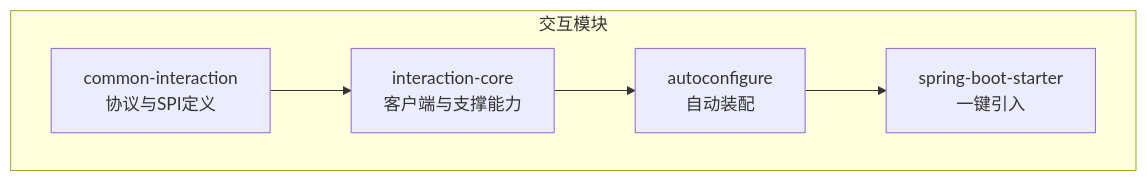
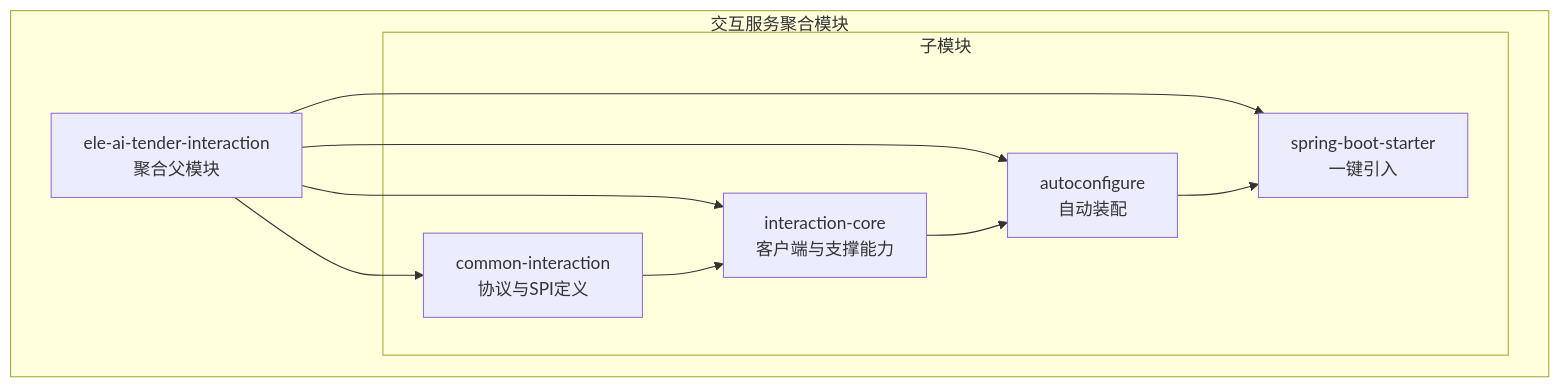
One commit to DrunkFood/First changed the first of 6 diagrams in .qoder/repowiki/zh/content/后端服务/交互服务 (ele-ai-tender-interaction)/交互服务 (ele-ai-tender-interaction).md. Above: the diagram before and after it, drawn with Mermaid. The commit also changed other lines of this file and 66 other files, not shown here.

````diff
--- a/.qoder/repowiki/zh/content/后端服务/交互服务 (ele-ai-tender-interaction)/交互服务 (ele-ai-tender-interaction).md
+++ b/.qoder/repowiki/zh/content/后端服务/交互服务 (ele-ai-tender-interaction)/交互服务 (ele-ai-tender-interaction).md
@@ -32,12 +46,19 @@
 ```mermaid
 graph TB
-subgraph "交互模块"
-A["common-interaction<br/>协议与SPI定义"]
-B["interaction-core<br/>客户端与支撑能力"]
-C["autoconfigure<br/>自动装配"]
-D["spring-boot-starter<br/>一键引入"]
+subgraph "交互服务聚合模块"
+A["ele-ai-tender-interaction<br/>聚合父模块"]
+subgraph "子模块"
+B["common-interaction<br/>协议与SPI定义"]
+C["interaction-core<br/>客户端与支撑能力"]
+D["autoconfigure<br/>自动装配"]
+E["spring-boot-starter<br/>一键引入"]
 end
 A --> B
+A --> C
+A --> D
+A --> E
 B --> C
 C --> D
+D --> E
+end
 ```
````
